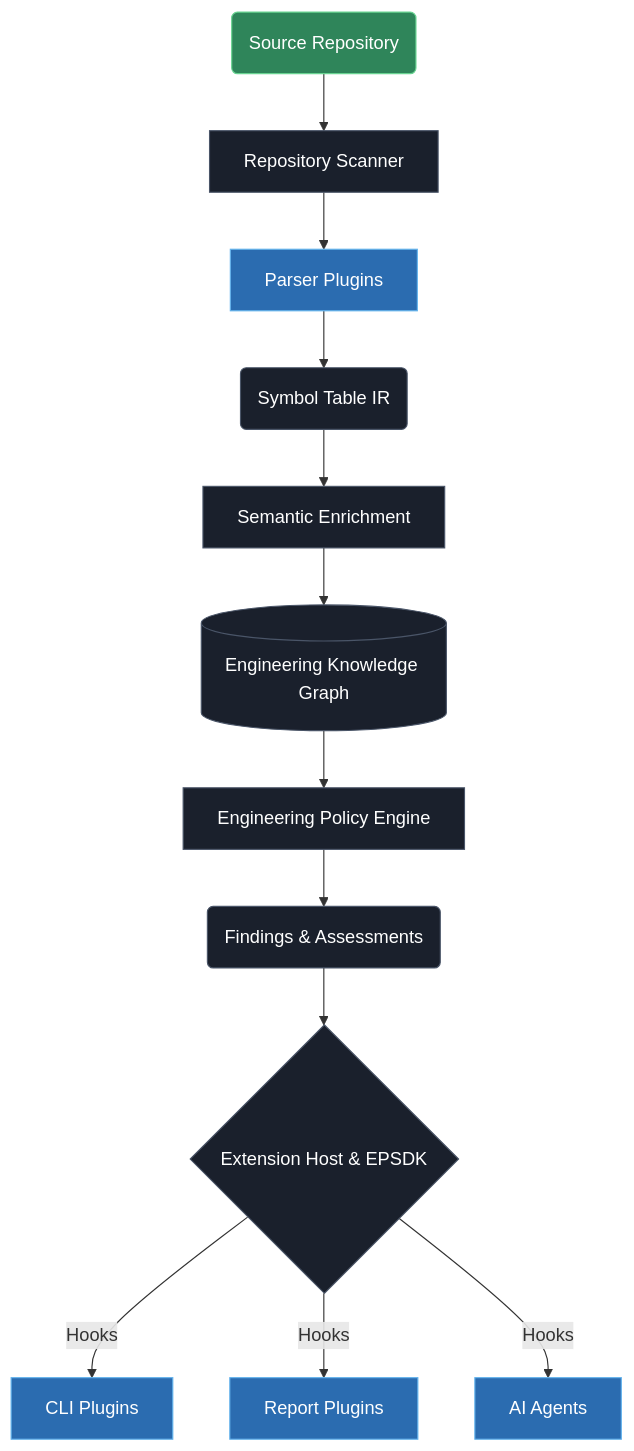
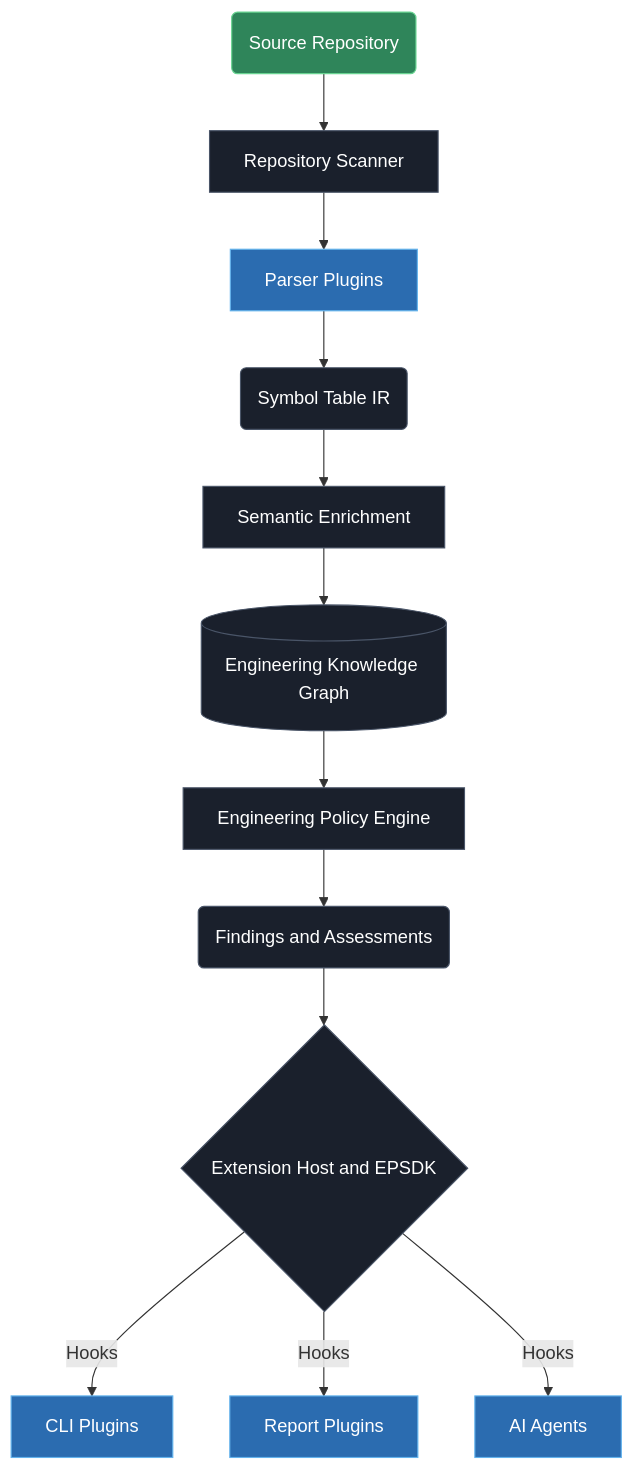
The diagram in README.md (Aryamannatrajan21/OSEF), drawn with Mermaid before and after one commit.

Commit message:
docs: fix mermaid diagram rendering error

````diff
--- a/README.md
+++ b/README.md
@@ -42,26 +42,26 @@
 ```mermaid
 graph TD
     classDef core fill:#1a202c,stroke:#4a5568,color:#fff;
     classDef plugin fill:#2b6cb0,stroke:#63b3ed,color:#fff;
     classDef output fill:#2f855a,stroke:#68d391,color:#fff;
 
     A(Source Repository) --> B[Repository Scanner]
     B --> C[Parser Plugins]
     
     C --> D(Symbol Table IR)
     D --> E[Semantic Enrichment]
     E --> F[(Engineering Knowledge Graph)]
     
     F --> G[Engineering Policy Engine]
-    G --> H(Findings & Assessments)
+    G --> H(Findings and Assessments)
     
-    H --> I{Extension Host & EPSDK}
+    H --> I{Extension Host and EPSDK}
     
     I -->|Hooks| J[CLI Plugins]
     I -->|Hooks| K[Report Plugins]
     I -->|Hooks| L[AI Agents]
 
     class B,D,E,F,G,H,I core;
     class C,J,K,L plugin;
     class A output;
 ```
````
